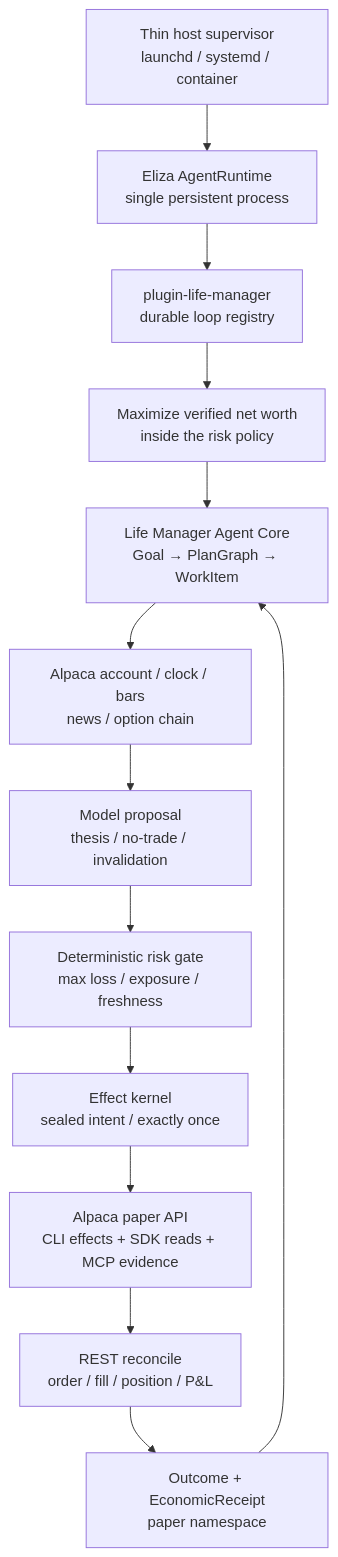
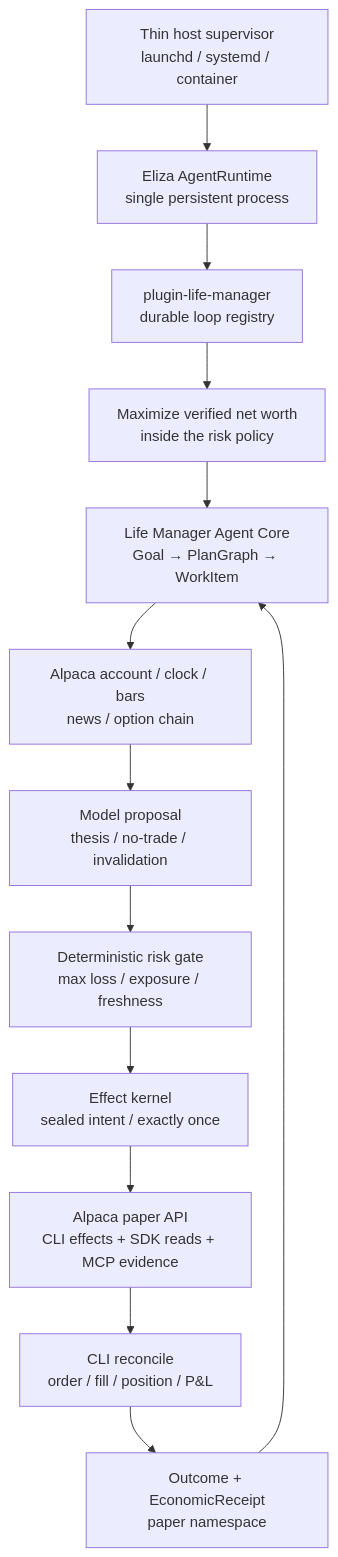
The first of 2 diagrams in docs/superpowers/specs/2026-09-01-alpaca-money-maximizer-design.md (Daisuke134/anicca), drawn with Mermaid before and after one commit.

Commit message:
docs: label CLI reconciliation authority

````diff
--- a/docs/superpowers/specs/2026-09-01-alpaca-money-maximizer-design.md
+++ b/docs/superpowers/specs/2026-09-01-alpaca-money-maximizer-design.md
@@ -46,15 +46,15 @@
 ```mermaid
 flowchart TD
     HOST["Thin host supervisor<br/>launchd / systemd / container"] --> RUNTIME["Eliza AgentRuntime<br/>single persistent process"]
     RUNTIME --> REGISTRY["plugin-life-manager<br/>durable loop registry"]
     REGISTRY --> GOAL
     GOAL["Maximize verified net worth<br/>inside the risk policy"] --> CORE["Life Manager Agent Core<br/>Goal → PlanGraph → WorkItem"]
     CORE --> OBS["Alpaca account / clock / bars<br/>news / option chain"]
     OBS --> MODEL["Model proposal<br/>thesis / no-trade / invalidation"]
     MODEL --> GATE["Deterministic risk gate<br/>max loss / exposure / freshness"]
     GATE --> EFFECT["Effect kernel<br/>sealed intent / exactly once"]
     EFFECT --> ALPACA["Alpaca paper API<br/>CLI effects + SDK reads + MCP evidence"]
-    ALPACA --> RECON["REST reconcile<br/>order / fill / position / P&L"]
+    ALPACA --> RECON["CLI reconcile<br/>order / fill / position / P&L"]
     RECON --> RECEIPT["Outcome + EconomicReceipt<br/>paper namespace"]
     RECEIPT --> CORE
 ```
````
